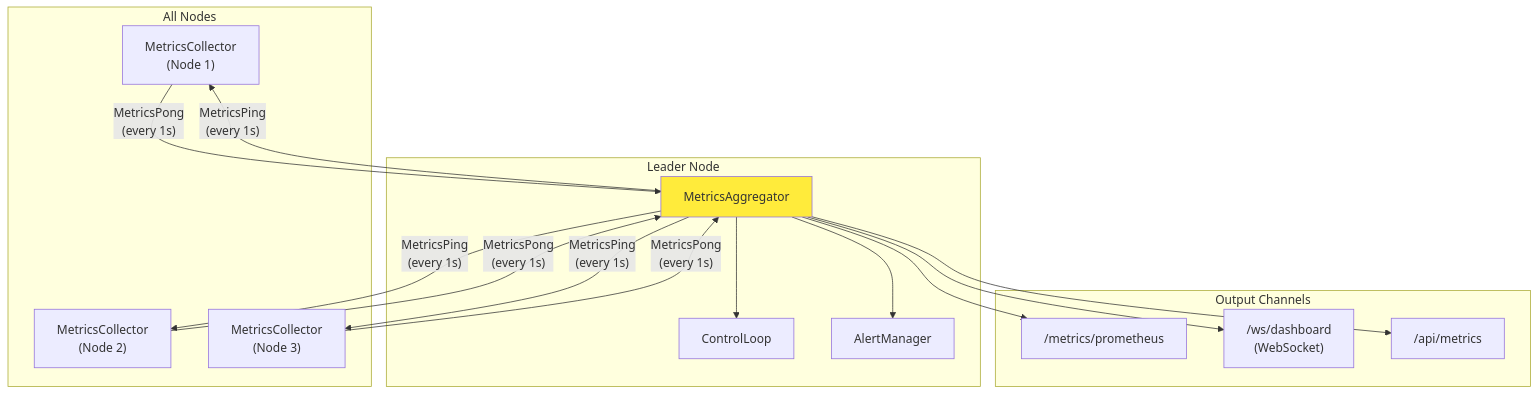
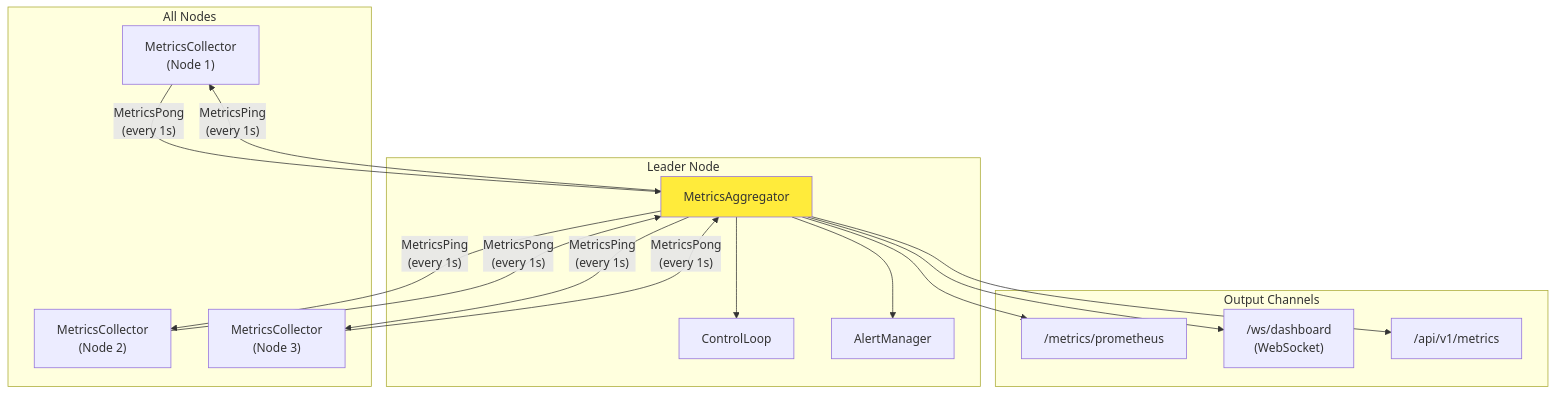
One commit to pragmaticalabs/pragmatica changed the first of 4 diagrams in aether/docs/architecture/07-observability.md. Above: the diagram before and after it, drawn with Mermaid. The commit also changed 40 other files, not shown here.

````diff
--- a/aether/docs/architecture/07-observability.md
+++ b/aether/docs/architecture/07-observability.md
@@ -9,36 +9,36 @@
 ```mermaid
 graph TB
     subgraph Nodes["All Nodes"]
         MC1["MetricsCollector<br/>(Node 1)"]
         MC2["MetricsCollector<br/>(Node 2)"]
         MC3["MetricsCollector<br/>(Node 3)"]
     end
 
     subgraph Leader["Leader Node"]
         MAG["MetricsAggregator"]
         CL["ControlLoop"]
         AM["AlertManager"]
     end
 
     subgraph Outputs["Output Channels"]
         Prom["/metrics/prometheus"]
         WS["/ws/dashboard<br/>(WebSocket)"]
-        REST["/api/metrics"]
+        REST["/api/v1/metrics"]
     end
 
     MC1 -->|"MetricsPong<br/>(every 1s)"| MAG
     MC2 -->|"MetricsPong<br/>(every 1s)"| MAG
     MC3 -->|"MetricsPong<br/>(every 1s)"| MAG
 
     MAG -->|"MetricsPing<br/>(every 1s)"| MC1
     MAG -->|"MetricsPing<br/>(every 1s)"| MC2
     MAG -->|"MetricsPing<br/>(every 1s)"| MC3
 
     MAG --> CL
     MAG --> AM
     MAG --> Prom
     MAG --> WS
     MAG --> REST
 
     style MAG fill:#ffeb3b
 ```
````
